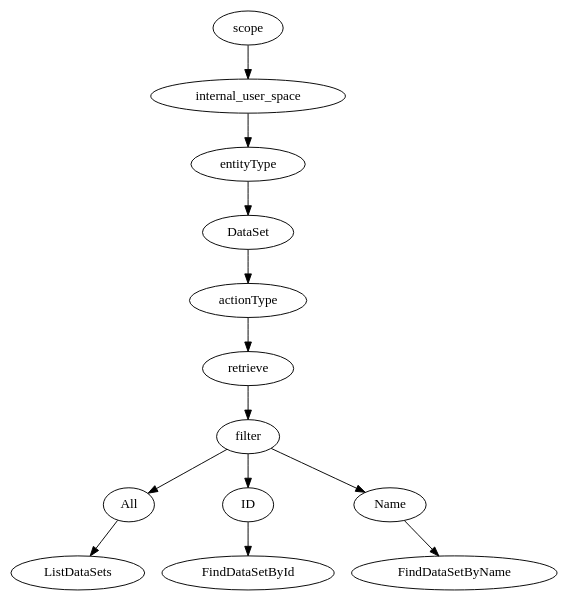
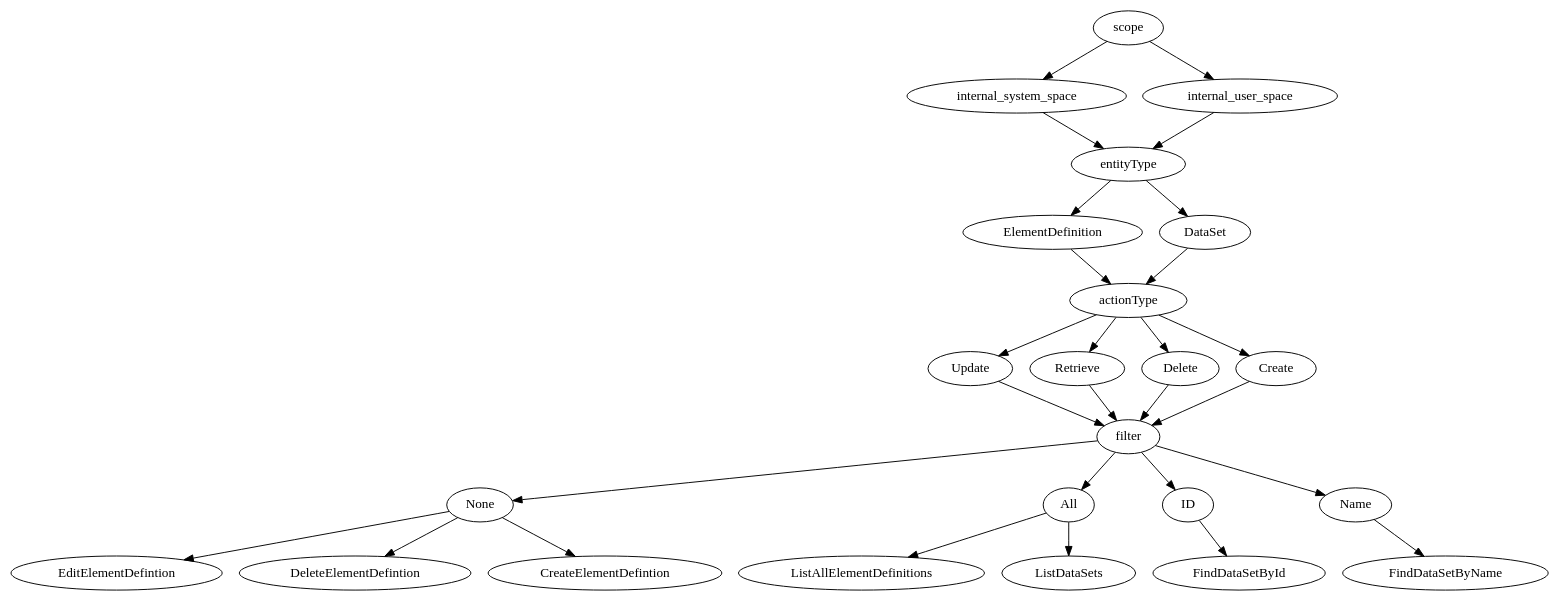
The diagram in viz/decisionTree.dot (sholloway/graph-engine), drawn with Graphviz before and after one commit. The commit also changed 7 other files, not shown here.

```diff
--- a/viz/decisionTree.dot
+++ b/viz/decisionTree.dot
@@ -1,12 +1,18 @@
 digraph EngineDecisionTree{
-	filter->{All ID Name}
-	All->{ListDataSets}
+	ElementDefinition->{actionType}
+	filter->{None All None None All ID Name}
+	internal_system_space->{entityType}
+	Update->{filter}
+	Retrieve->{filter filter}
+	All->{ListAllElementDefinitions ListDataSets}
 	internal_user_space->{entityType}
 	ID->{FindDataSetById}
-	actionType->{retrieve}
-	retrieve->{filter}
-	scope->{internal_user_space}
-	entityType->{DataSet}
+	actionType->{Update Retrieve Delete Create Retrieve}
+	scope->{internal_system_space internal_user_space}
+	None->{EditElementDefintion DeleteElementDefintion CreateElementDefintion}
+	entityType->{ElementDefinition DataSet}
 	Name->{FindDataSetByName}
+	Delete->{filter}
+	Create->{filter}
 	DataSet->{actionType}
 }
```
